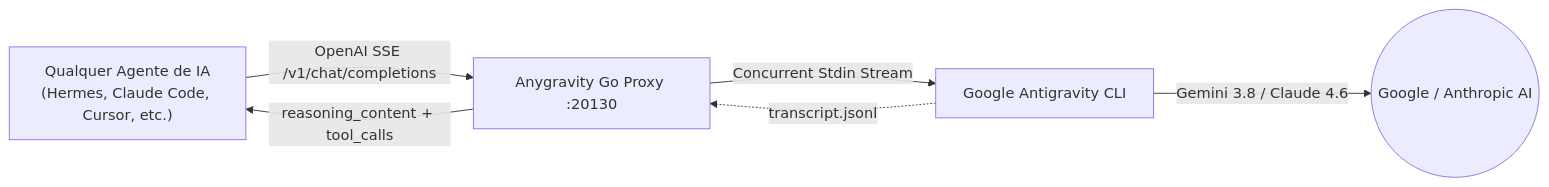
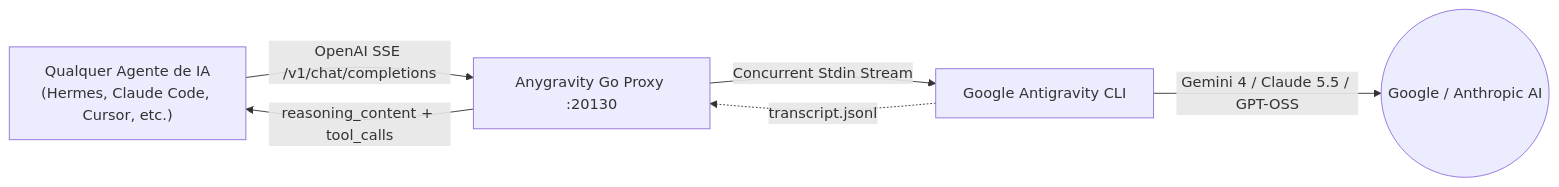
Before and after one commit to jocost4/anygravity: the diagram in README.pt-BR.md, drawn with Mermaid. The commit also changed other lines of this file and 1 other file, not shown here.

Commit message:
docs: comprehensive revision of architecture, models, effort mapping, and rootless setup

````diff
--- a/README.pt-BR.md
+++ b/README.pt-BR.md
@@ -96,8 +111,8 @@
 ```mermaid
 flowchart LR
     A["Qualquer Agente de IA<br>(Hermes, Claude Code, Cursor, etc.)"] -->|OpenAI SSE /v1/chat/completions| B["Anygravity Go Proxy :20130"]
     B -->|Concurrent Stdin Stream| C["Google Antigravity CLI"]
-    C -->|Gemini 3.8 / Claude 4.6| D(("Google / Anthropic AI"))
+    C -->|Gemini 4 / Claude 5.5 / GPT-OSS| D(("Google / Anthropic AI"))
     C -.->|transcript.jsonl| B
     B -->|reasoning_content + tool_calls| A
 ```
````
